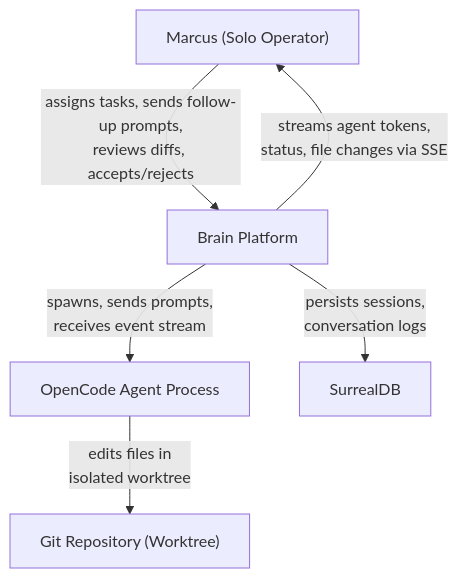
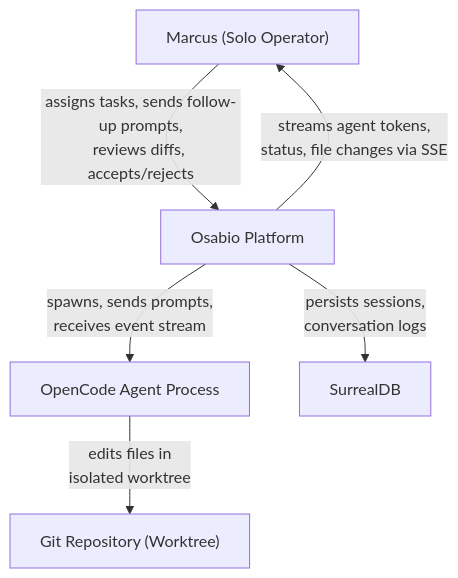
Before and after one commit to marcus-sa/osabio: the first of 2 diagrams in docs/feature/coding-session/design/architecture-design.md, drawn with Mermaid. The commit also changed other lines of this file and 525 other files, not shown here.

First line of the commit message:
refactor: rename brain to osabio (#203)

````diff
--- a/docs/feature/coding-session/design/architecture-design.md
+++ b/docs/feature/coding-session/design/architecture-design.md
@@ -9,14 +9,14 @@
 ```mermaid
 graph TB
     User["Marcus (Solo Operator)"]
-    Brain["Brain Platform"]
+    Osabio["Osabio Platform"]
     OpenCode["OpenCode Agent Process"]
     GitRepo["Git Repository (Worktree)"]
     SurrealDB["SurrealDB"]
 
-    User -- "assigns tasks, sends follow-up prompts,\nreviews diffs, accepts/rejects" --> Brain
-    Brain -- "spawns, sends prompts,\nreceives event stream" --> OpenCode
+    User -- "assigns tasks, sends follow-up prompts,\nreviews diffs, accepts/rejects" --> Osabio
+    Osabio -- "spawns, sends prompts,\nreceives event stream" --> OpenCode
     OpenCode -- "edits files in\nisolated worktree" --> GitRepo
-    Brain -- "persists sessions,\nconversation logs" --> SurrealDB
-    Brain -- "streams agent tokens,\nstatus, file changes via SSE" --> User
+    Osabio -- "persists sessions,\nconversation logs" --> SurrealDB
+    Osabio -- "streams agent tokens,\nstatus, file changes via SSE" --> User
 ```
````
